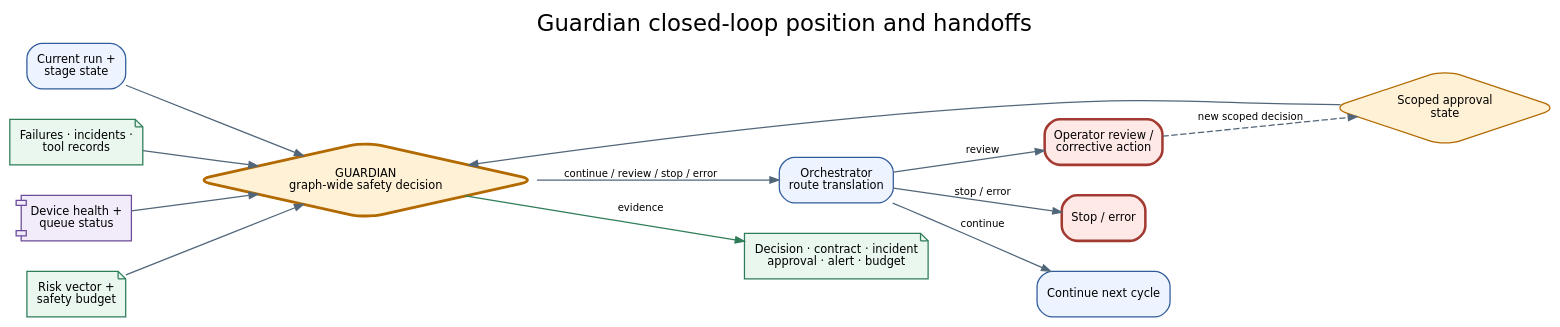
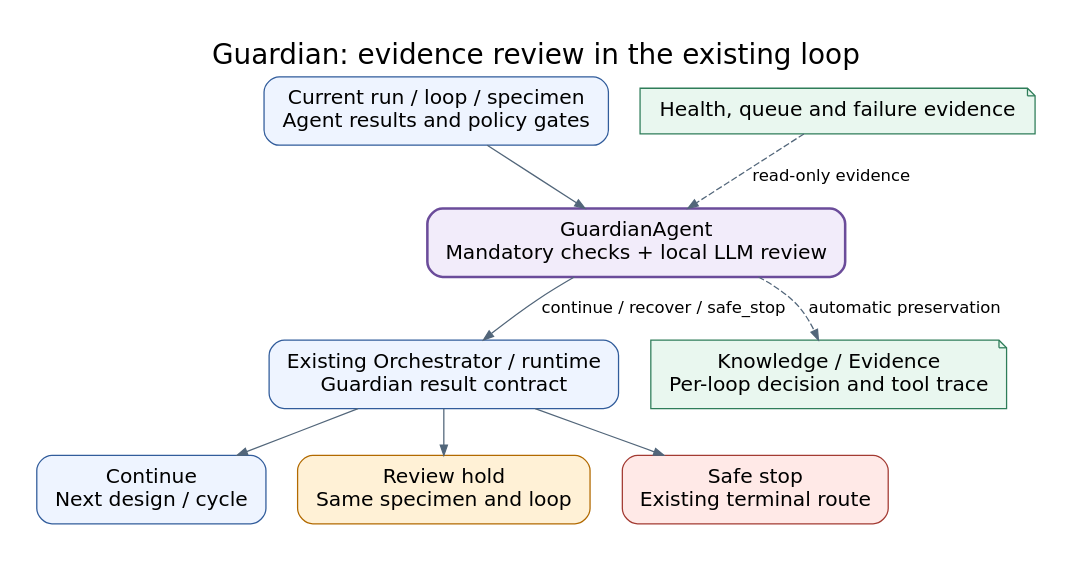
One commit to JIN9811/autonomous_researcher changed the diagram in docs/agents/assets/figures/guardian_01_closed_loop_handoffs.dot. Above: the diagram before and after it, drawn with Graphviz. The commit also changed 22 other files, not shown here.

Commit message:
feat(guardian): add bounded LLM evidence decisions and verification

```diff
--- a/docs/agents/assets/figures/guardian_01_closed_loop_handoffs.dot
+++ b/docs/agents/assets/figures/guardian_01_closed_loop_handoffs.dot
@@ -1,29 +1,20 @@
 digraph guardian_closed_loop_handoffs {
-  graph [rankdir=LR, bgcolor="transparent", pad="0.25", nodesep="0.34", ranksep="0.55", fontname="DejaVu Sans", label="Guardian closed-loop position and handoffs", labelloc="t", fontsize=18];
-  node [shape=box, style="rounded,filled", fillcolor="#EEF4FF", color="#315C9B", fontname="DejaVu Sans", fontsize=9, margin="0.10,0.07"];
-  edge [color="#52667A", fontname="DejaVu Sans", fontsize=8, arrowsize=0.7];
-
-  state [label="Current run +\nstage state"];
-  failures [label="Failures · incidents ·\ntool records", shape=note, fillcolor="#E9F7EF", color="#2E7D59"];
-  health [label="Device health +\nqueue status", shape=component, fillcolor="#F2ECFA", color="#6B4C9A"];
-  approvals [label="Scoped approval\nstate", shape=diamond, fillcolor="#FFF1D6", color="#B26A00"];
-  budget [label="Risk vector +\nsafety budget", shape=note, fillcolor="#E9F7EF", color="#2E7D59"];
-  guardian [label="GUARDIAN\ngraph-wide safety decision", shape=diamond, fillcolor="#FFF1D6", color="#B26A00", penwidth=2.2];
-  orchestrator [label="Orchestrator\nroute translation"];
-  operator [label="Operator review /\ncorrective action", fillcolor="#FFE9E7", color="#A33A32", penwidth=2];
-  stop [label="Stop / error", fillcolor="#FFE9E7", color="#A33A32", penwidth=2];
-  continue [label="Continue next cycle"];
-  evidence [label="Decision · contract · incident\napproval · alert · budget", shape=note, fillcolor="#E9F7EF", color="#2E7D59"];
-
-  state -> guardian;
-  failures -> guardian;
-  health -> guardian;
-  approvals -> guardian;
-  budget -> guardian;
-  guardian -> orchestrator [label="continue / review / stop / error"];
-  orchestrator -> continue [label="continue"];
-  orchestrator -> operator [label="review"];
-  orchestrator -> stop [label="stop / error"];
-  guardian -> evidence [label="evidence", color="#2E7D59"];
-  operator -> approvals [style=dashed, label="new scoped decision"];
+  graph [rankdir=TB, bgcolor="white", pad="0.3", nodesep="0.35", ranksep="0.48", fontname="DejaVu Sans", label="Guardian: evidence review in the existing loop", labelloc="t", fontsize=22];
+  node [shape=box, style="rounded,filled", fillcolor="#EEF4FF", color="#315C9B", fontname="DejaVu Sans", fontsize=16, margin="0.18,0.13"];
+  edge [color="#52667A", fontname="DejaVu Sans", fontsize=13, arrowsize=0.8];
+  inputs [label="Current run / loop / specimen\nAgent results and policy gates"];
+  evidence [label="Health, queue and failure evidence", shape=note, fillcolor="#E9F7EF", color="#2E7D59"];
+  guardian [label="GuardianAgent\nMandatory checks + local LLM review", fillcolor="#F2ECFA", color="#6B4C9A", penwidth=2];
+  runtime [label="Existing Orchestrator / runtime\nGuardian result contract"];
+  next [label="Continue\nNext design / cycle"];
+  hold [label="Review hold\nSame specimen and loop", fillcolor="#FFF1D6", color="#B26A00"];
+  stop [label="Safe stop\nExisting terminal route", fillcolor="#FFE9E7", color="#A33A32"];
+  archive [label="Knowledge / Evidence\nPer-loop decision and tool trace", shape=note, fillcolor="#E9F7EF", color="#2E7D59"];
+  inputs -> guardian;
+  evidence -> guardian [style=dashed, label="read-only evidence"];
+  guardian -> runtime [label="continue / recover / safe_stop"];
+  runtime -> next;
+  runtime -> hold;
+  runtime -> stop;
+  guardian -> archive [style=dashed, label="automatic preservation"];
 }
```
